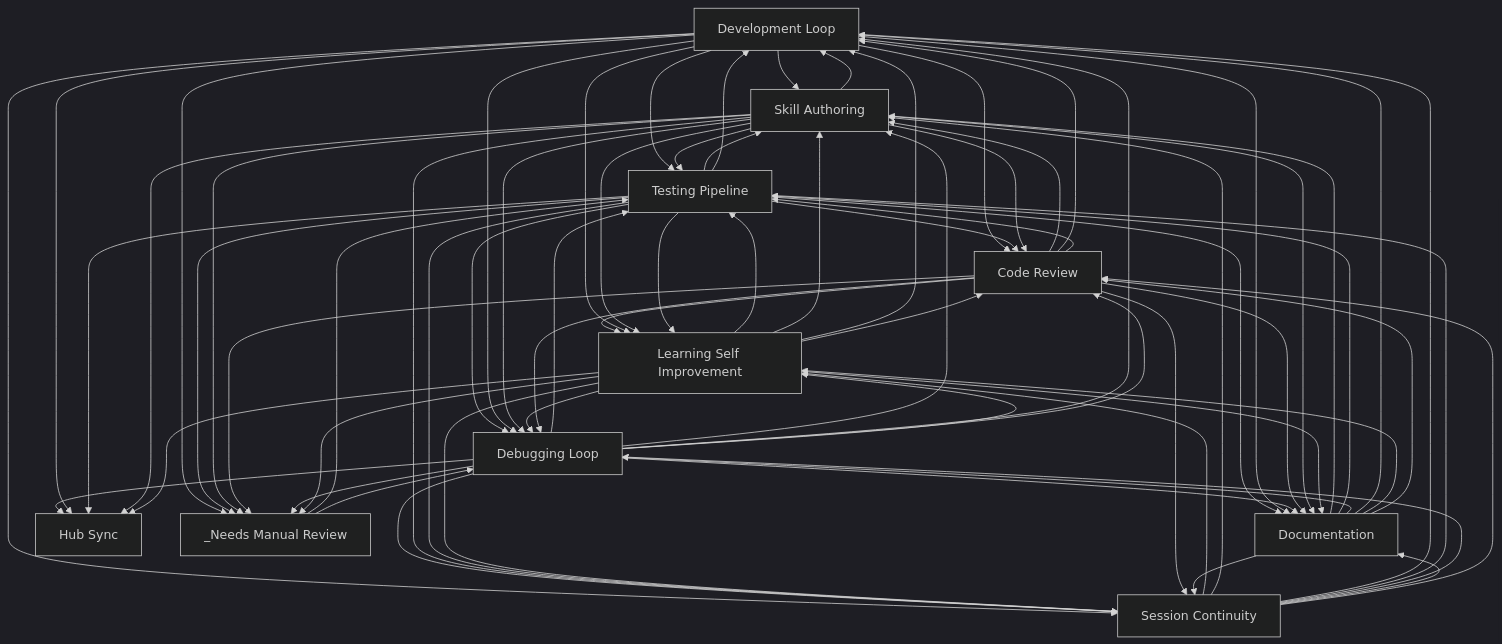
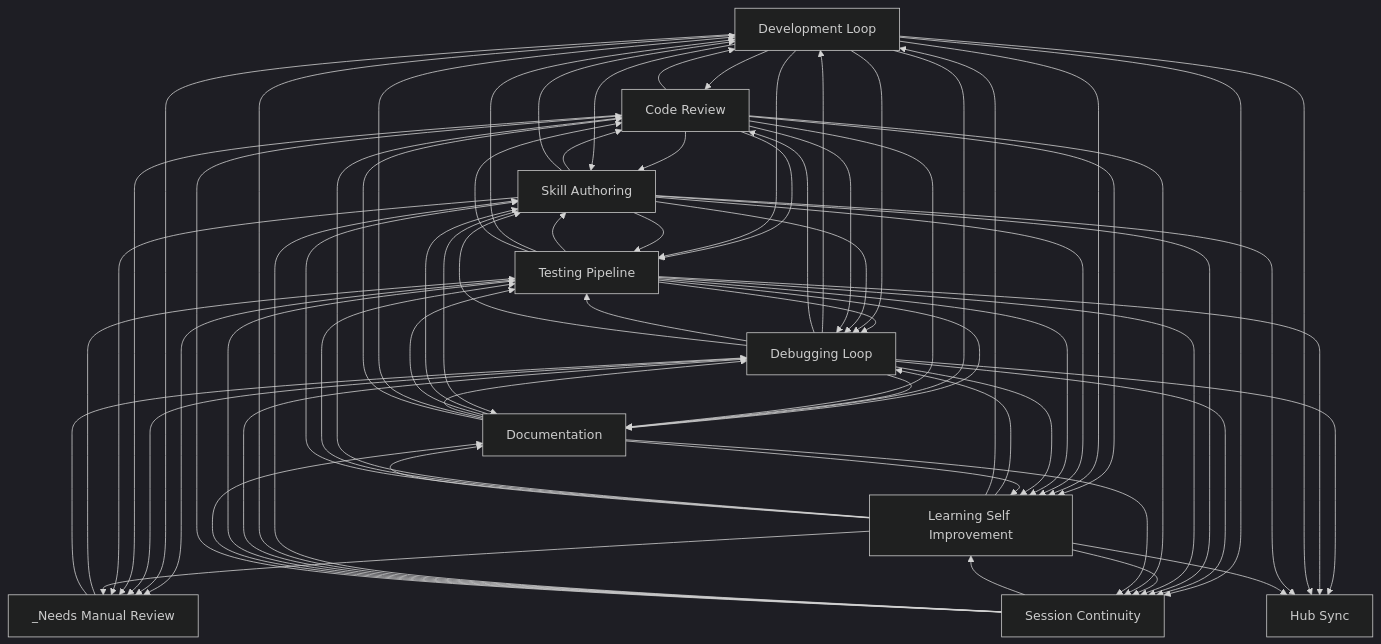
One commit to abhayla/claude-best-practices changed the diagram in docs/workflows/INDEX.md. Above: the diagram before and after it, drawn with Mermaid (dark theme). The commit also changed other lines of this file and 12 other files, not shown here.

````diff
--- a/docs/workflows/INDEX.md
+++ b/docs/workflows/INDEX.md
@@ -22,82 +22,82 @@
 ```mermaid
 graph TD
     development_loop[Development Loop]
     testing_pipeline[Testing Pipeline]
     debugging_loop[Debugging Loop]
     learning_self_improvement[Learning Self Improvement]
     session_continuity[Session Continuity]
     skill_authoring[Skill Authoring]
     code_review[Code Review]
     documentation[Documentation]
     hub_sync[Hub Sync]
     _needs_manual_review[_Needs Manual Review]
     documentation --> skill_authoring
     documentation --> testing_pipeline
     code_review --> skill_authoring
     code_review --> development_loop
+    development_loop --> code_review
     development_loop --> skill_authoring
-    development_loop --> code_review
     code_review --> learning_self_improvement
     code_review --> testing_pipeline
     development_loop --> learning_self_improvement
     development_loop --> testing_pipeline
     skill_authoring --> testing_pipeline
     testing_pipeline --> skill_authoring
+    testing_pipeline --> debugging_loop
     testing_pipeline --> development_loop
     testing_pipeline --> code_review
-    testing_pipeline --> debugging_loop
     testing_pipeline --> documentation
+    debugging_loop --> development_loop
+    debugging_loop --> code_review
     debugging_loop --> testing_pipeline
     debugging_loop --> skill_authoring
-    debugging_loop --> development_loop
-    debugging_loop --> code_review
     development_loop --> debugging_loop
     development_loop --> documentation
     debugging_loop --> documentation
     skill_authoring --> code_review
     skill_authoring --> development_loop
     skill_authoring --> learning_self_improvement
+    testing_pipeline --> _needs_manual_review
     development_loop --> _needs_manual_review
-    testing_pipeline --> _needs_manual_review
     code_review --> documentation
     session_continuity --> learning_self_improvement
     development_loop --> session_continuity
     _needs_manual_review --> testing_pipeline
     testing_pipeline --> learning_self_improvement
     debugging_loop --> session_continuity
     skill_authoring --> session_continuity
     testing_pipeline --> session_continuity
     skill_authoring --> debugging_loop
     _needs_manual_review --> debugging_loop
     debugging_loop --> learning_self_improvement
+    learning_self_improvement --> debugging_loop
+    learning_self_improvement --> development_loop
+    learning_self_improvement --> code_review
     learning_self_improvement --> testing_pipeline
     learning_self_improvement --> skill_authoring
-    learning_self_improvement --> development_loop
-    learning_self_improvement --> code_review
-    learning_self_improvement --> debugging_loop
     code_review --> debugging_loop
+    debugging_loop --> _needs_manual_review
+    code_review --> _needs_manual_review
     skill_authoring --> _needs_manual_review
-    code_review --> _needs_manual_review
-    debugging_loop --> _needs_manual_review
     skill_authoring --> documentation
     learning_self_improvement --> session_continuity
     code_review --> session_continuity
     session_continuity --> skill_authoring
     session_continuity --> development_loop
+    session_continuity --> debugging_loop
     session_continuity --> testing_pipeline
-    session_continuity --> debugging_loop
     debugging_loop --> hub_sync
+    testing_pipeline --> hub_sync
     development_loop --> hub_sync
-    testing_pipeline --> hub_sync
     skill_authoring --> hub_sync
     learning_self_improvement --> hub_sync
     learning_self_improvement --> _needs_manual_review
     documentation --> debugging_loop
     documentation --> development_loop
     documentation --> learning_self_improvement
     learning_self_improvement --> documentation
     session_continuity --> documentation
     session_continuity --> code_review
     documentation --> code_review
     documentation --> session_continuity
 ```
````
